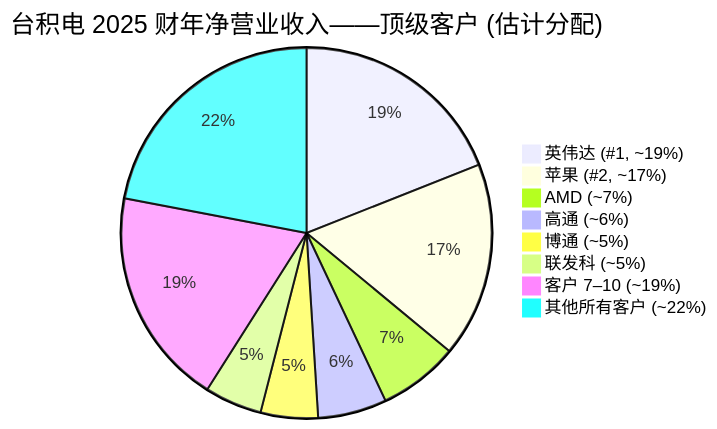
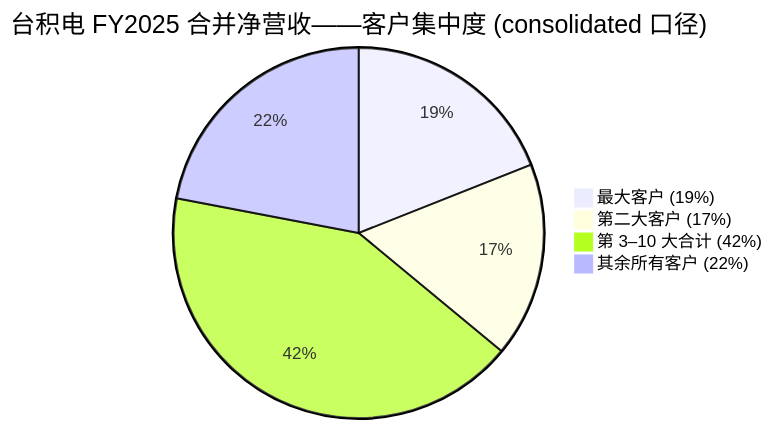
Before and after one commit to dadachundan/financial_agent: the third of 5 diagrams in reports/company/TSMC_NYSE_TSM/TSMC_NYSE_TSM_公司研究.md, drawn with Mermaid. The commit also changed other lines of this file and 8 other files, not shown here.

````diff
--- a/reports/company/TSMC_NYSE_TSM/TSMC_NYSE_TSM_公司研究.md
+++ b/reports/company/TSMC_NYSE_TSM/TSMC_NYSE_TSM_公司研究.md
@@ -238,11 +649,7 @@
 ```mermaid
-pie title 台积电 2025 财年净营业收入——顶级客户 (估计分配)
-    "英伟达 (#1, ~19%)" : 19
-    "苹果 (#2, ~17%)" : 17
-    "AMD (~7%)" : 7
-    "高通 (~6%)" : 6
-    "博通 (~5%)" : 5
-    "联发科 (~5%)" : 5
-    "客户 7–10 (~19%)" : 19
-    "其他所有客户 (~22%)" : 22
+pie title 台积电 FY2025 合并净营收——客户集中度 (consolidated 口径)
+    "最大客户 (19%)" : 19
+    "第二大客户 (17%)" : 17
+    "第 3–10 大合计 (42%)" : 42
+    "其余所有客户 (22%)" : 22
 ```
````
